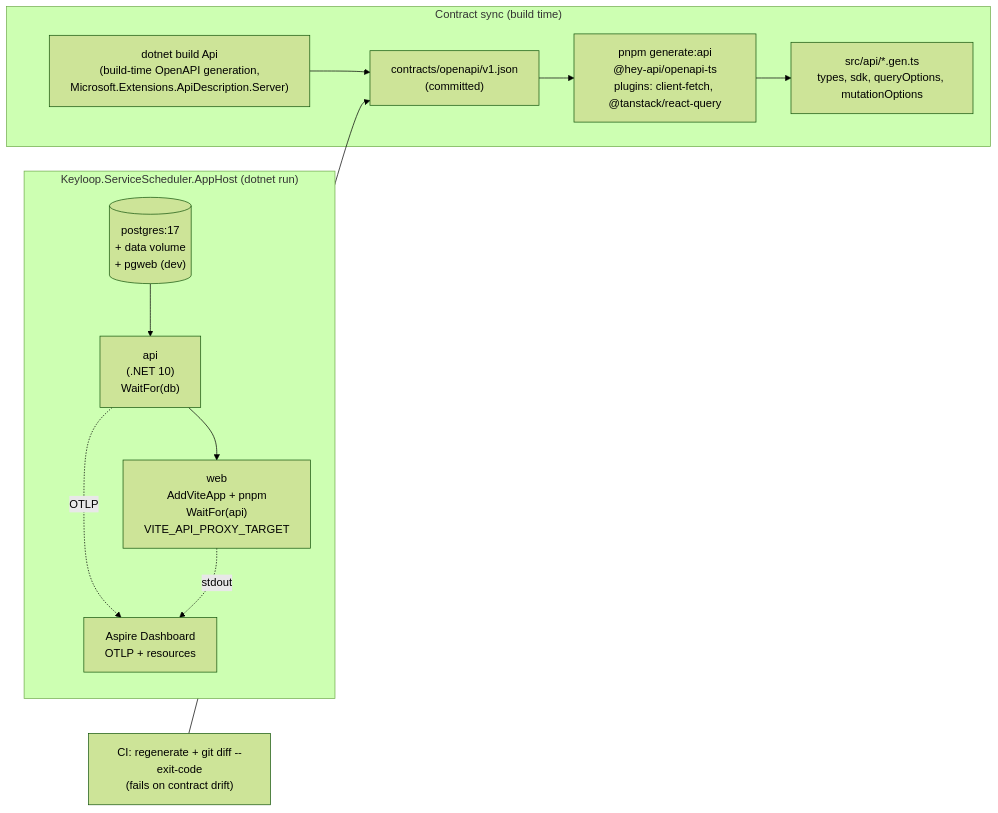
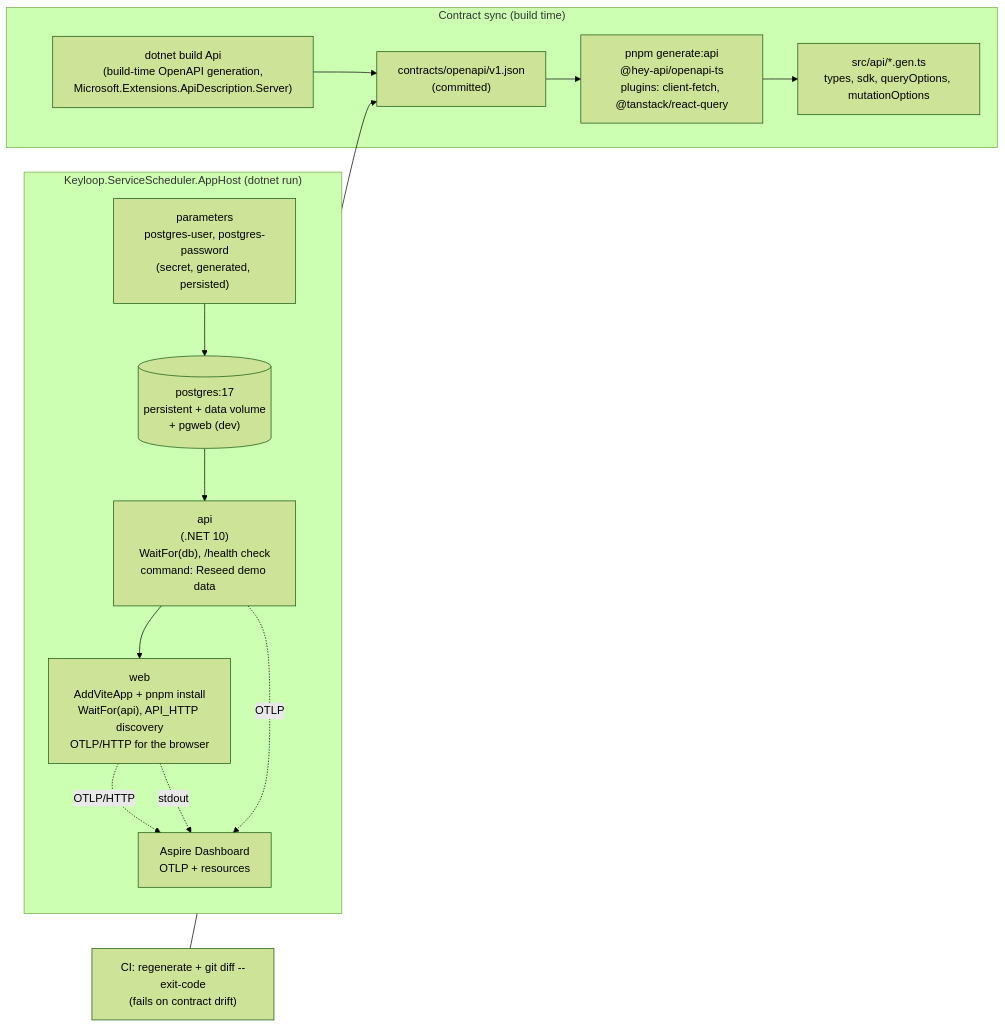
One commit to kylesmile1103/keyloop-service-scheduler changed the ninth of 12 diagrams in docs/SYSTEM_DESIGN.md. Above: the diagram before and after it, drawn with Mermaid (forest theme). The commit also changed other lines of this file and 4 other files, not shown here.

````diff
--- a/docs/SYSTEM_DESIGN.md
+++ b/docs/SYSTEM_DESIGN.md
@@ -738,22 +738,24 @@
 ```mermaid
 flowchart LR
     subgraph AppHost["Keyloop.ServiceScheduler.AppHost (dotnet run)"]
-        PG[("postgres:17<br/>+ data volume<br/>+ pgweb (dev)")]
-        API["api<br/>(.NET 10)<br/>WaitFor(db)"]
-        WEB["web<br/>AddViteApp + pnpm<br/>WaitFor(api)<br/>VITE_API_PROXY_TARGET"]
+        PARAMS["parameters<br/>postgres-user, postgres-password<br/>(secret, generated, persisted)"]
+        PG[("postgres:17<br/>persistent + data volume<br/>+ pgweb (dev)")]
+        API["api<br/>(.NET 10)<br/>WaitFor(db), /health check<br/>command: Reseed demo data"]
+        WEB["web<br/>AddViteApp + pnpm install<br/>WaitFor(api), API_HTTP discovery<br/>OTLP/HTTP for the browser"]
         DASH["Aspire Dashboard<br/>OTLP + resources"]
-        PG --> API --> WEB
+        PARAMS --> PG --> API --> WEB
+        WEB -. OTLP/HTTP .-> DASH
         API -. OTLP .-> DASH
         WEB -. stdout .-> DASH
     end
 
     subgraph Contract["Contract sync (build time)"]
         BUILD["dotnet build Api<br/>(build-time OpenAPI generation,<br/>Microsoft.Extensions.ApiDescription.Server)"]
         SPEC["contracts/openapi/v1.json<br/>(committed)"]
         GEN["pnpm generate:api<br/>@hey-api/openapi-ts<br/>plugins: client-fetch, @tanstack/react-query"]
         TS["src/api/*.gen.ts<br/>types, sdk, queryOptions, mutationOptions"]
         BUILD --> SPEC --> GEN --> TS
     end
 
     CI["CI: regenerate + git diff --exit-code<br/>(fails on contract drift)"] --> SPEC
 ```
````
